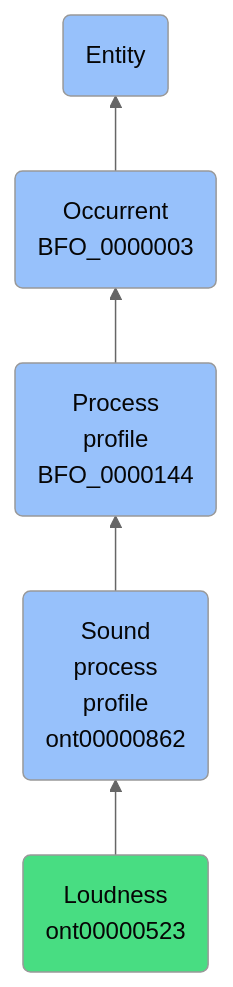
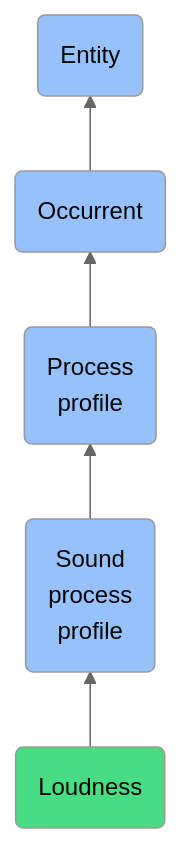
Before and after one commit to jupyter-naas/abi: the diagram in docs/ontology/reference/model/Entity/Occurrent/Process profile/Sound process profile/Loudness/Loudness.md, drawn with Mermaid (neutral theme). The commit also changed other lines of this file and 1430 other files, not shown here.

````diff
--- a/docs/ontology/reference/model/Entity/Occurrent/Process profile/Sound process profile/Loudness/Loudness.md
+++ b/docs/ontology/reference/model/Entity/Occurrent/Process profile/Sound process profile/Loudness/Loudness.md
@@ -24,12 +24,12 @@
 ```mermaid
 graph BT
-    ont00000523(Loudness<br>ont00000523):::ABI-->ont00000862
-    ont00000862(Sound<br>process<br>profile<br>ont00000862):::BFO-->BFO_0000144
-    BFO_0000144(Process<br>profile<br>BFO_0000144):::BFO-->BFO_0000003
-    BFO_0000003(Occurrent<br>BFO_0000003):::BFO-->BFO_0000001
+    ont00000523(Loudness):::ABI-->ont00000862
+    ont00000862(Sound<br>process<br>profile):::BFO-->BFO_0000144
+    BFO_0000144(Process<br>profile):::BFO-->BFO_0000003
+    BFO_0000003(Occurrent):::BFO-->BFO_0000001
     BFO_0000001(Entity):::BFO
     
     classDef BFO fill:#97c1fb,color:#060606
     classDef CCO fill:#e4c51e,color:#060606
     classDef ABI fill:#48DD82,color:#060606
 ```
````
